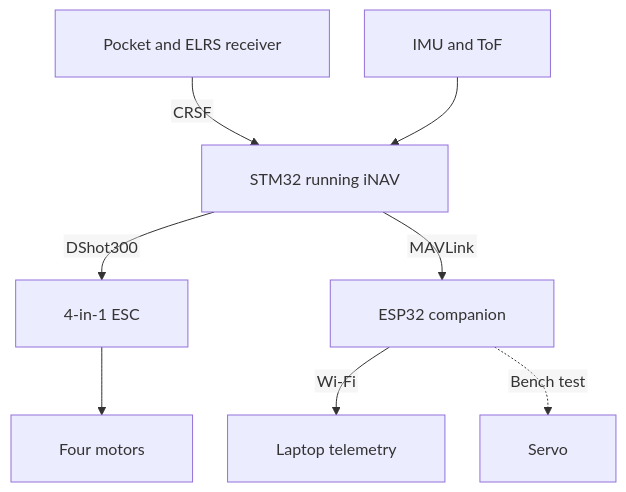
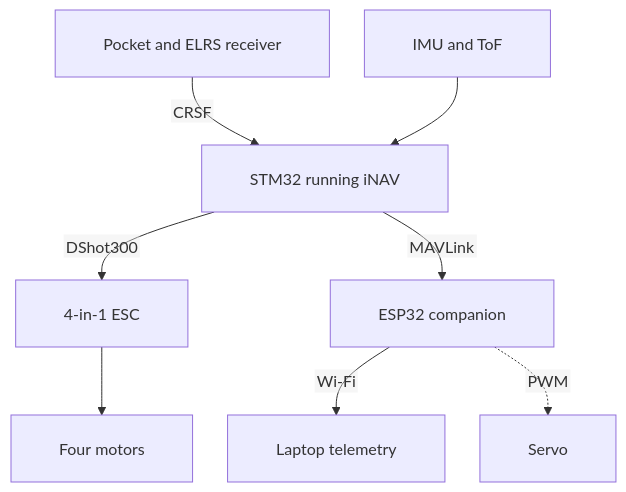
Before and after one commit to Sujay-Golla/koganeee: the third of 3 diagrams in firmware/README.md, drawn with Mermaid.

Commit message:
Label servo connection as PWM

````diff
--- a/firmware/README.md
+++ b/firmware/README.md
@@ -65,20 +65,20 @@
 ```mermaid
 ---
 config:
   htmlLabels: false
   flowchart:
     padding: 24
     minNodeWidth: 170
     wrappingWidth: 260
     nodeSpacing: 35
     rankSpacing: 45
 ---
 flowchart TB
     RADIO["Pocket and ELRS receiver"] -->|"CRSF"| FC["STM32 running iNAV"]
     SENSORS["IMU and ToF"] --> FC
     FC -->|"DShot300"| ESC["4-in-1 ESC"]
     ESC --> MOTORS["Four motors"]
     FC -->|"MAVLink"| ESP["ESP32 companion"]
     ESP -->|"Wi-Fi"| MONITOR["Laptop telemetry"]
-    ESP -.->|"Bench test"| SERVO["Servo"]
+    ESP -.->|"PWM"| SERVO["Servo"]
 ```
````
